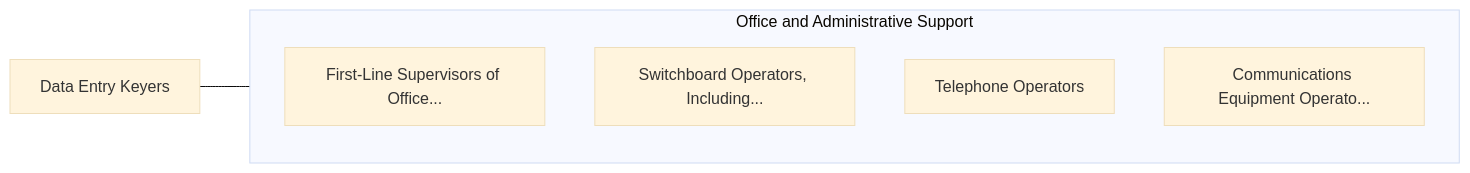
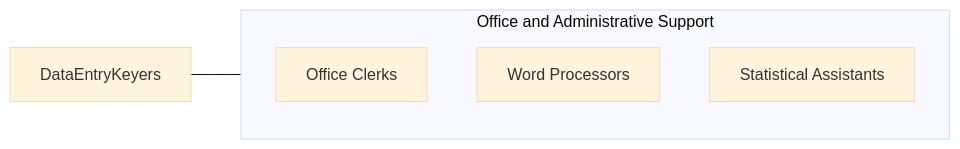
Before and after one commit to kziemski/business.org.ai: the third of 3 diagrams in occupations/Administrative/DataEntryKeyers.mdx, drawn with Mermaid (base theme). The commit also changed other lines of this file and 938 other files, not shown here.

````diff
--- a/occupations/Administrative/DataEntryKeyers.mdx
+++ b/occupations/Administrative/DataEntryKeyers.mdx
@@ -99,13 +106,10 @@
 ```mermaid
 graph LR
-    Current["Data Entry Keyers"]
-
+    Current["DataEntryKeyers"]
     subgraph SameCategory["Office and Administrative Support"]
-        FirstLineSupervisors["First-Line Supervisors of Office..."]
-        SwitchboardOperators["Switchboard Operators, Including..."]
-        TelephoneOperators["Telephone Operators"]
-        CommunicationsEquipm["Communications Equipment Operato..."]
+        OfficeClerks["Office Clerks"]
+        WordProcessors["Word Processors"]
+        StatisticalAssistants["Statistical Assistants"]
     end
-
     Current --- SameCategory
 ```
````
